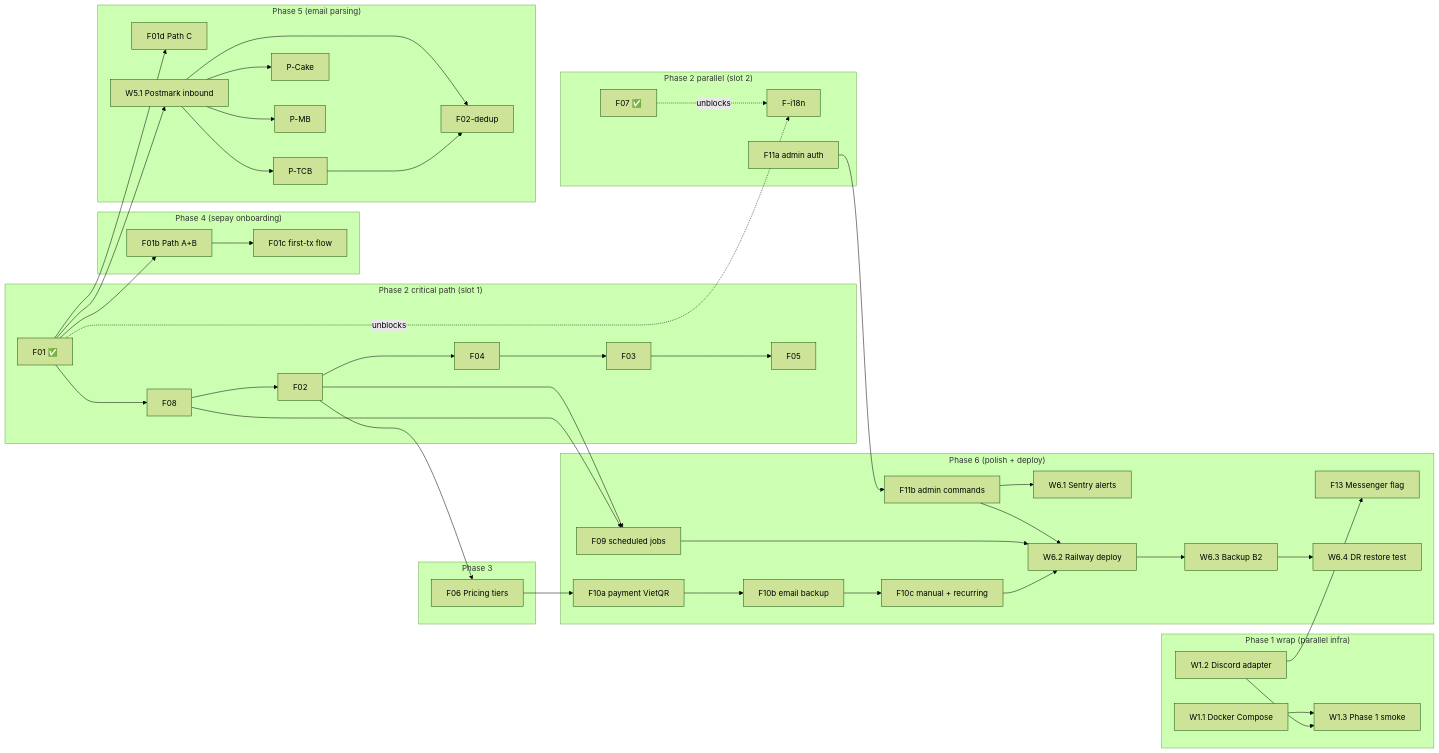
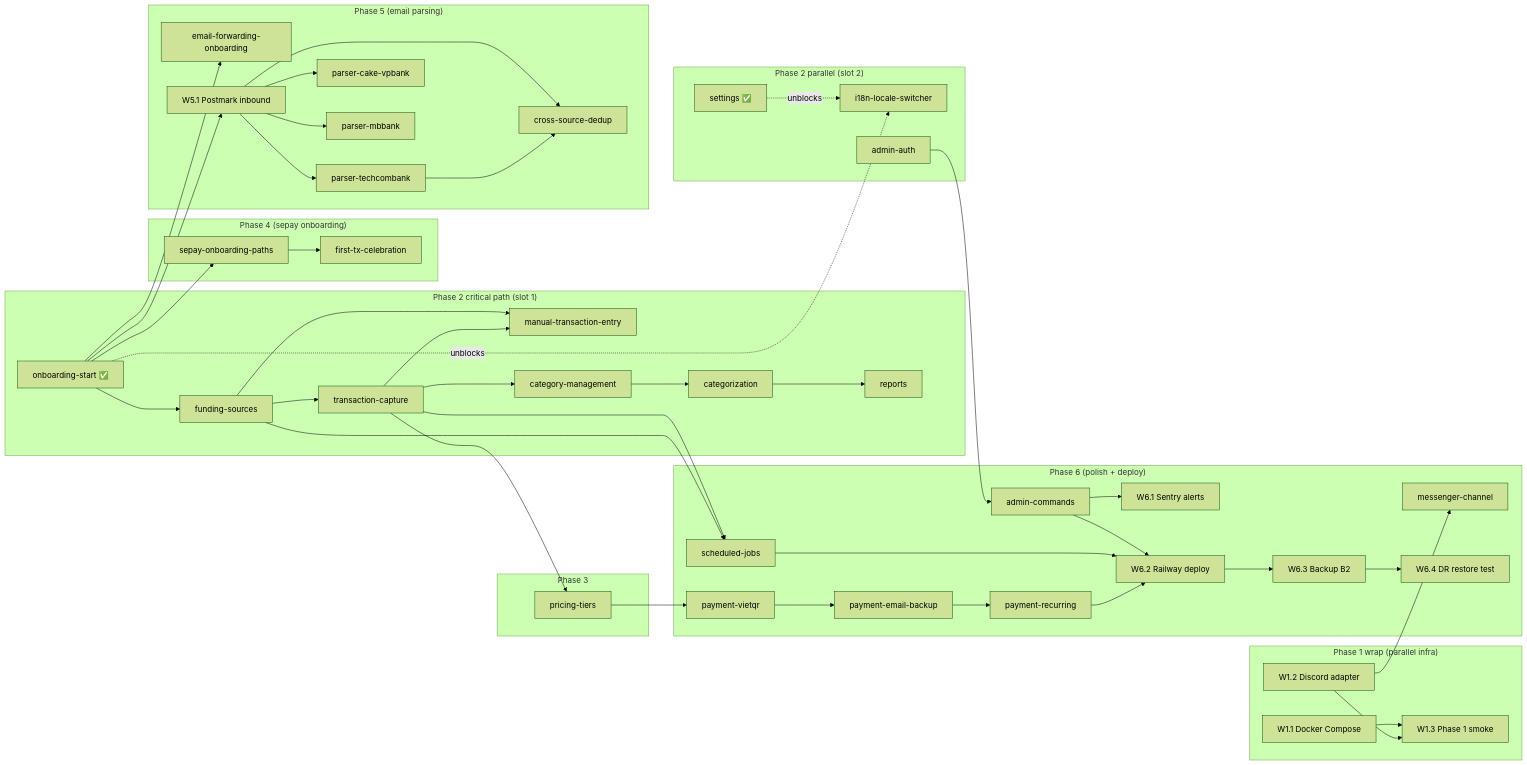
One commit to maingocanh1702/my-money-went-bot changed the diagram in docs/operations/mvp-build-queue.md. Above: the diagram before and after it, drawn with Mermaid (forest theme). The commit also changed other lines of this file and 14 other files, not shown here.

````diff
--- a/docs/operations/mvp-build-queue.md
+++ b/docs/operations/mvp-build-queue.md
@@ -25,61 +25,63 @@
 ```mermaid
 graph LR
   subgraph "Phase 1 wrap (parallel infra)"
     W11[W1.1 Docker Compose]
     W12[W1.2 Discord adapter]
     W13[W1.3 Phase 1 smoke]
     W12 --> W13
     W11 --> W13
   end
 
   subgraph "Phase 2 critical path (slot 1)"
-    F01[F01 ✅] --> F08
-    F08 --> F02
-    F02 --> F04
-    F04 --> F03
-    F03 --> F05
+    onboardingStart[onboarding-start ✅] --> fundingSources[funding-sources]
+    fundingSources --> txCapture[transaction-capture]
+    txCapture --> manualEntry[manual-transaction-entry]
+    fundingSources --> manualEntry
+    txCapture --> catMgmt[category-management]
+    catMgmt --> categorization[categorization]
+    categorization --> reports[reports]
   end
 
   subgraph "Phase 2 parallel (slot 2)"
-    F07[F07 ✅]
-    Fi18n[F-i18n]
-    F11a[F11a admin auth]
-    F01 -.unblocks.-> Fi18n
-    F07 -.unblocks.-> Fi18n
+    settings[settings ✅]
+    i18n[i18n-locale-switcher]
+    adminAuth[admin-auth]
+    onboardingStart -.unblocks.-> i18n
+    settings -.unblocks.-> i18n
   end
 
   subgraph "Phase 3"
-    F02 --> F06[F06 Pricing tiers]
+    txCapture --> pricingTiers[pricing-tiers]
   end
 
   subgraph "Phase 4 (sepay onboarding)"
-    F01 --> F01b[F01b Path A+B]
-    F01b --> F01c[F01c first-tx flow]
+    onboardingStart --> sepayPaths[sepay-onboarding-paths]
+    sepayPaths --> firstTx[first-tx-celebration]
   end
 
   subgraph "Phase 5 (email parsing)"
-    F01 --> F01d[F01d Path C]
-    F01 --> W51[W5.1 Postmark inbound]
-    W51 --> PTCB[P-TCB]
-    W51 --> PCake[P-Cake]
-    W51 --> PMB[P-MB]
-    PTCB --> F02dedup[F02-dedup]
-    W51 --> F02dedup
+    onboardingStart --> emailFwd[email-forwarding-onboarding]
+    onboardingStart --> W51[W5.1 Postmark inbound]
+    W51 --> parserTcb[parser-techcombank]
+    W51 --> parserCake[parser-cake-vpbank]
+    W51 --> parserMb[parser-mbbank]
+    parserTcb --> dedup[cross-source-dedup]
+    W51 --> dedup
   end
 
   subgraph "Phase 6 (polish + deploy)"
-    F08 --> F09[F09 scheduled jobs]
-    F02 --> F09
-    F06 --> F10a[F10a payment VietQR]
-    F10a --> F10b[F10b email backup]
-    F10b --> F10c[F10c manual + recurring]
-    F11a --> F11b[F11b admin commands]
-    F11b --> W61[W6.1 Sentry alerts]
-    W12 --> F13[F13 Messenger flag]
-    F10c --> W62[W6.2 Railway deploy]
-    F09 --> W62
-    F11b --> W62
+    fundingSources --> scheduledJobs[scheduled-jobs]
+    txCapture --> scheduledJobs
+    pricingTiers --> paymentVietqr[payment-vietqr]
+    paymentVietqr --> paymentEmailBackup[payment-email-backup]
+    paymentEmailBackup --> paymentRecurring[payment-recurring]
+    adminAuth --> adminCmds[admin-commands]
+    adminCmds --> W61[W6.1 Sentry alerts]
+    W12 --> messengerChannel[messenger-channel]
+    paymentRecurring --> W62[W6.2 Railway deploy]
+    scheduledJobs --> W62
+    adminCmds --> W62
     W62 --> W63[W6.3 Backup B2]
     W63 --> W64[W6.4 DR restore test]
   end
 ```
````
